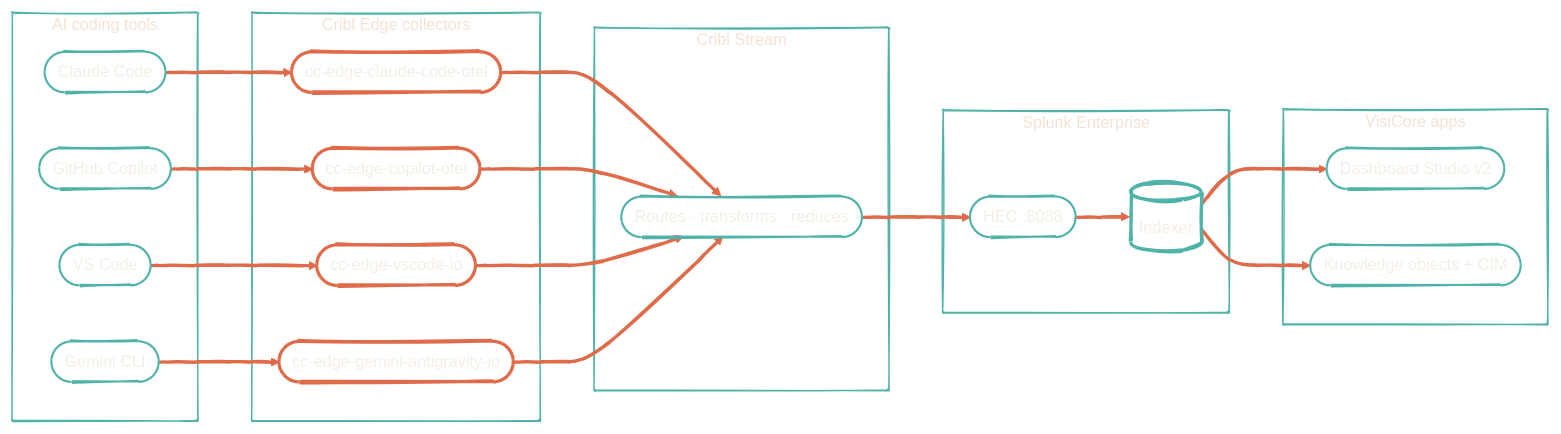
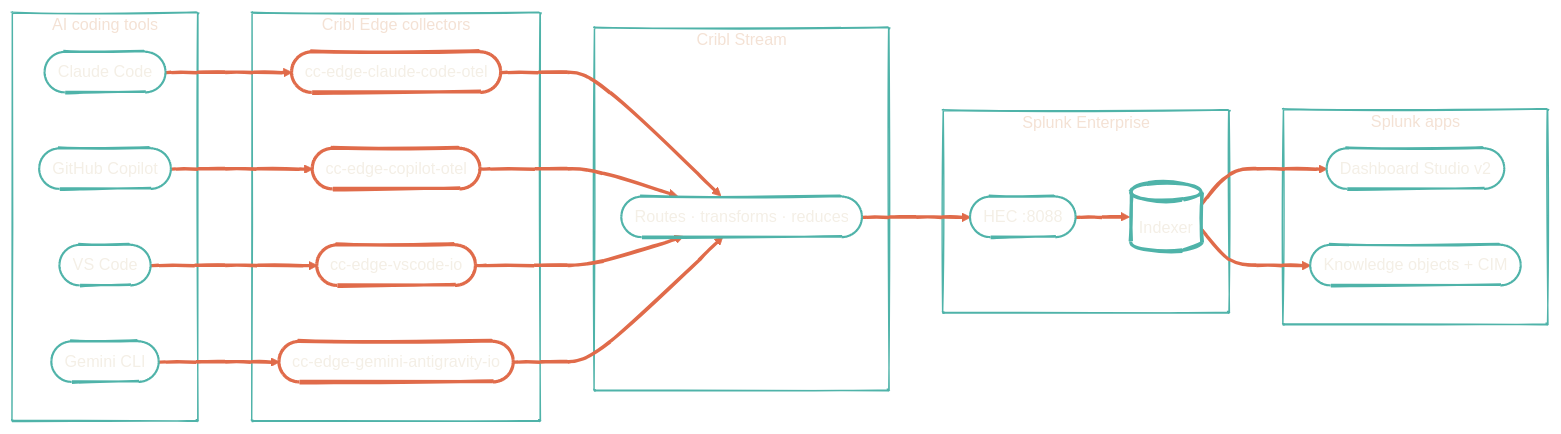
Before and after one commit to dryvist/docs: the diagram in observability/overview.mdx, drawn with Mermaid. The commit also changed other lines of this file and 26 other files, not shown here.

````diff
--- a/observability/overview.mdx
+++ b/observability/overview.mdx
@@ -13,54 +13,54 @@
 ```mermaid
 %%{init: {'theme':'base','look':'handDrawn','themeVariables':{'primaryColor':'#4FB3A9','primaryTextColor':'#F4EFE6','primaryBorderColor':'#2F7E78','lineColor':'#E06B4A','secondaryColor':'#102937','tertiaryColor':'#0B1D2A','clusterBkg':'transparent','clusterBorder':'#4FB3A9','fontFamily':'Geist','fontSize':'15px'}}}%%
 flowchart LR
   subgraph Tools["AI coding tools"]
     Claude(["Claude Code"])
     Copilot(["GitHub Copilot"])
     Gemini(["Gemini CLI"])
     VSCode(["VS Code"])
   end
 
   subgraph Collect["Cribl Edge collectors"]
     cco(["cc-edge-claude-code-otel"])
     ccp(["cc-edge-copilot-otel"])
     ccv(["cc-edge-vscode-io"])
     cag(["cc-edge-gemini-antigravity-io"])
   end
 
   subgraph Route["Cribl Stream"]
     Stream(["Routes · transforms · reduces"])
   end
 
   subgraph Store["Splunk Enterprise"]
     HEC(["HEC :8088"])
     Index[("Indexer")]
   end
 
-  subgraph View["VisiCore apps"]
+  subgraph View["Splunk apps"]
     App(["Dashboard Studio v2"])
     TA(["Knowledge objects + CIM"])
   end
 
   Claude --> cco --> Stream
   Copilot --> ccp --> Stream
   VSCode --> ccv --> Stream
   Gemini --> cag --> Stream
   Stream --> HEC --> Index --> App
   Index --> TA
 
   style Claude fill:transparent,stroke:#4FB3A9,stroke-width:2px,color:#F4EFE6
   style Copilot fill:transparent,stroke:#4FB3A9,stroke-width:2px,color:#F4EFE6
   style Gemini fill:transparent,stroke:#4FB3A9,stroke-width:2px,color:#F4EFE6
   style VSCode fill:transparent,stroke:#4FB3A9,stroke-width:2px,color:#F4EFE6
   style cco fill:transparent,stroke:#E06B4A,stroke-width:3px,color:#F4EFE6
   style ccp fill:transparent,stroke:#E06B4A,stroke-width:3px,color:#F4EFE6
   style ccv fill:transparent,stroke:#E06B4A,stroke-width:3px,color:#F4EFE6
   style cag fill:transparent,stroke:#E06B4A,stroke-width:3px,color:#F4EFE6
   style Stream fill:transparent,stroke:#4FB3A9,stroke-width:2px,color:#F4EFE6
   style HEC fill:transparent,stroke:#4FB3A9,stroke-width:2px,color:#F4EFE6
   style Index fill:transparent,stroke:#4FB3A9,stroke-width:3px,color:#F4EFE6
   style App fill:transparent,stroke:#4FB3A9,stroke-width:2px,color:#F4EFE6
   style TA fill:transparent,stroke:#4FB3A9,stroke-width:2px,color:#F4EFE6
 
   linkStyle default stroke:#E06B4A,stroke-width:3px
 ```
````
